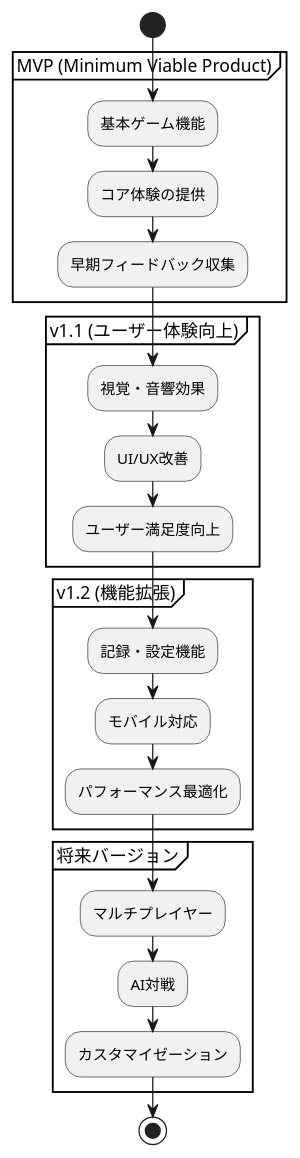
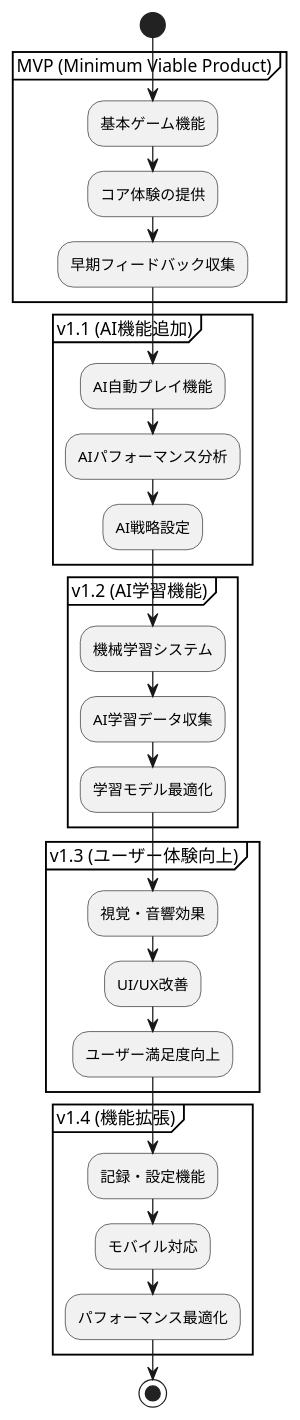
One commit to k2works/case-study-game-dev changed the first of 7 diagrams in docs/requirements/リリース計画.md. Above: the diagram before and after it, drawn with PlantUML. The commit also changed other lines of this file and 8 other files, not shown here.

````diff
--- a/docs/requirements/リリース計画.md
+++ b/docs/requirements/リリース計画.md
@@ -11,31 +11,37 @@
 ```plantuml
 @startuml "リリース戦略"
 start
 
 partition "MVP (Minimum Viable Product)" {
   :基本ゲーム機能;
   :コア体験の提供;
   :早期フィードバック収集;
 }
 
-partition "v1.1 (ユーザー体験向上)" {
+partition "v1.1 (AI機能追加)" {
+  :AI自動プレイ機能;
+  :AIパフォーマンス分析;
+  :AI戦略設定;
+}
+
+partition "v1.2 (AI学習機能)" {
+  :機械学習システム;
+  :AI学習データ収集;
+  :学習モデル最適化;
+}
+
+partition "v1.3 (ユーザー体験向上)" {
   :視覚・音響効果;
   :UI/UX改善;
   :ユーザー満足度向上;
 }
 
-partition "v1.2 (機能拡張)" {
+partition "v1.4 (機能拡張)" {
   :記録・設定機能;
   :モバイル対応;
   :パフォーマンス最適化;
 }
 
-partition "将来バージョン" {
-  :マルチプレイヤー;
-  :AI対戦;
-  :カスタマイゼーション;
-}
-
 stop
 @enduml
 ```
````
